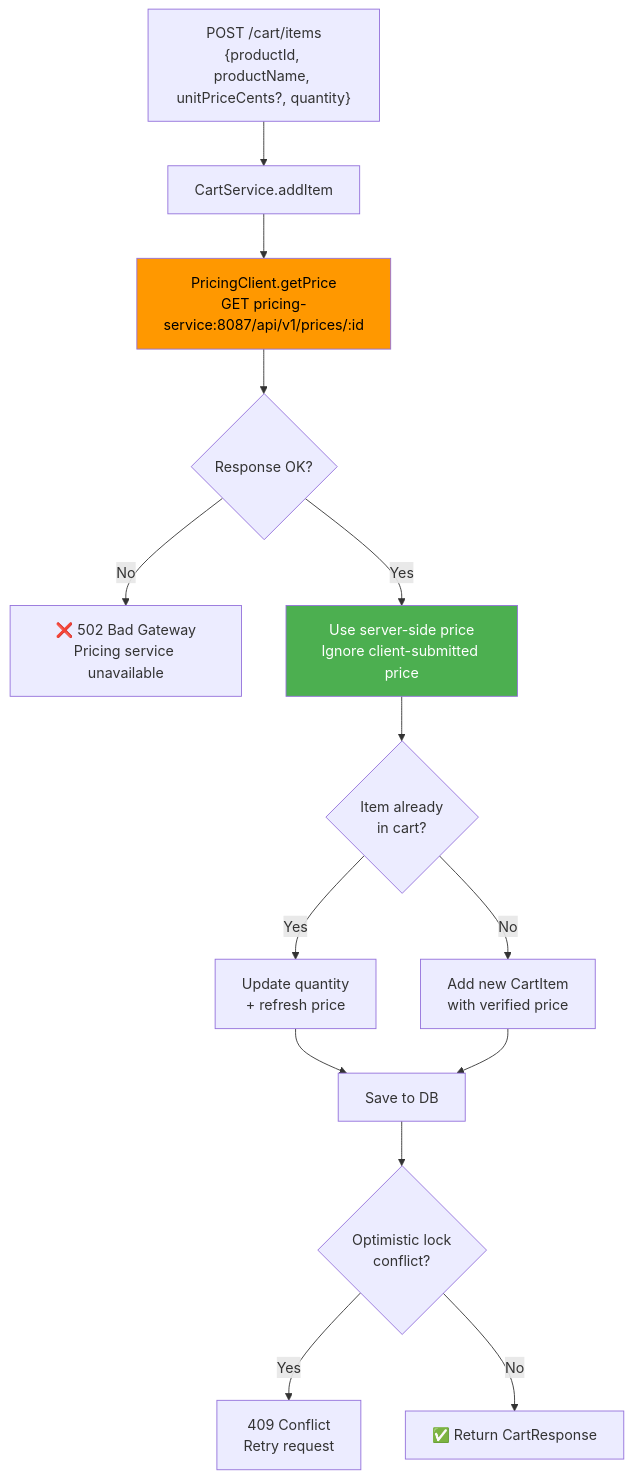
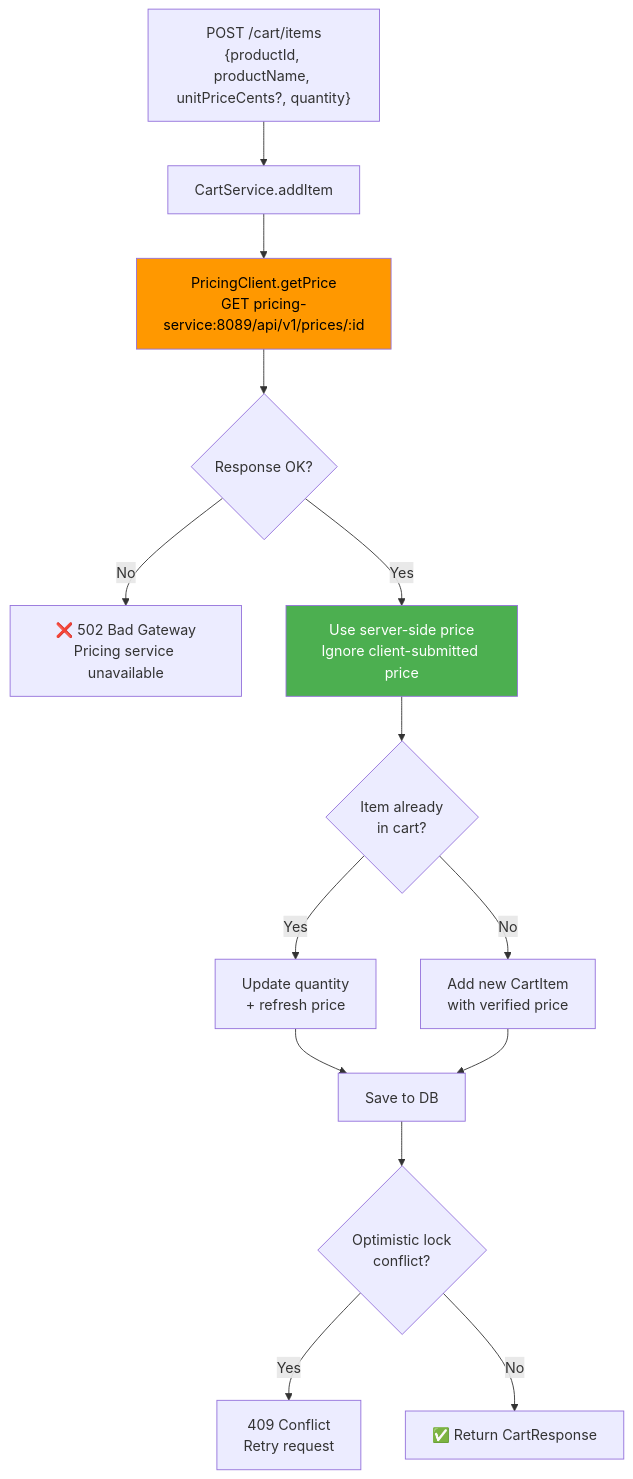
One commit to sunitakeazycommerz-a11y/InstaCommerce changed the fourth of 7 diagrams in services/cart-service/README.md. Above: the diagram before and after it, drawn with Mermaid. The commit also changed other lines of this file and 124 other files, not shown here.

Commit message:
docs: synchronize root, architecture, ADR, service, and archive docs with codebase truth

````diff
--- a/services/cart-service/README.md
+++ b/services/cart-service/README.md
@@ -150,24 +150,24 @@
 ```mermaid
 flowchart TD
     A["POST /cart/items<br/>{productId, productName, unitPriceCents?, quantity}"] --> B[CartService.addItem]
 
-    B --> C[PricingClient.getPrice<br/>GET pricing-service:8087/api/v1/prices/:id]
+    B --> C[PricingClient.getPrice<br/>GET pricing-service:8089/api/v1/prices/:id]
 
     C --> D{Response OK?}
     D -->|No| E["❌ 502 Bad Gateway<br/>Pricing service unavailable"]
     D -->|Yes| F[Use server-side price<br/>Ignore client-submitted price]
 
     F --> G{Item already<br/>in cart?}
     G -->|Yes| H[Update quantity<br/>+ refresh price]
     G -->|No| I[Add new CartItem<br/>with verified price]
 
     H --> J[Save to DB]
     I --> J
 
     J --> K{Optimistic lock<br/>conflict?}
     K -->|Yes| L["409 Conflict<br/>Retry request"]
     K -->|No| M[✅ Return CartResponse]
 
     style C fill:#ff9800,color:#000
     style F fill:#4caf50,color:#fff
 ```
````
